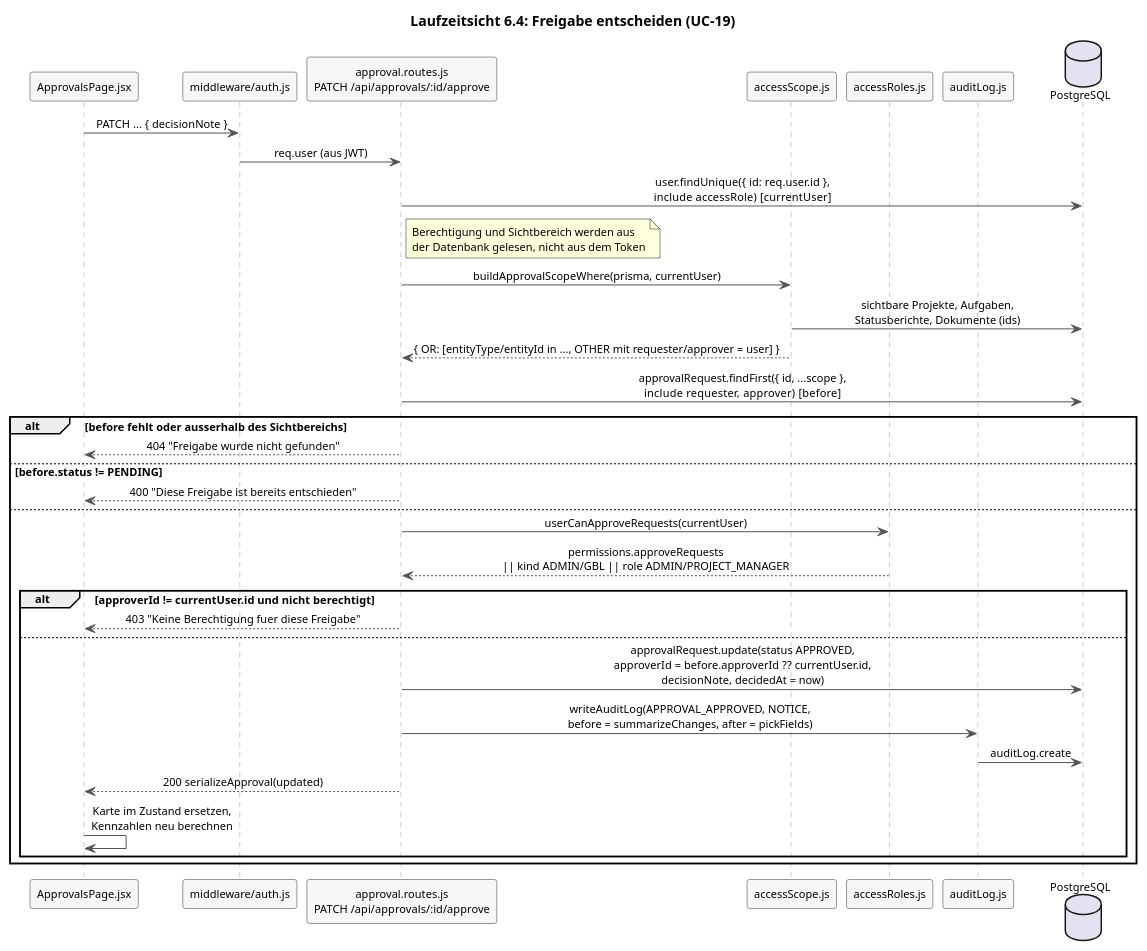
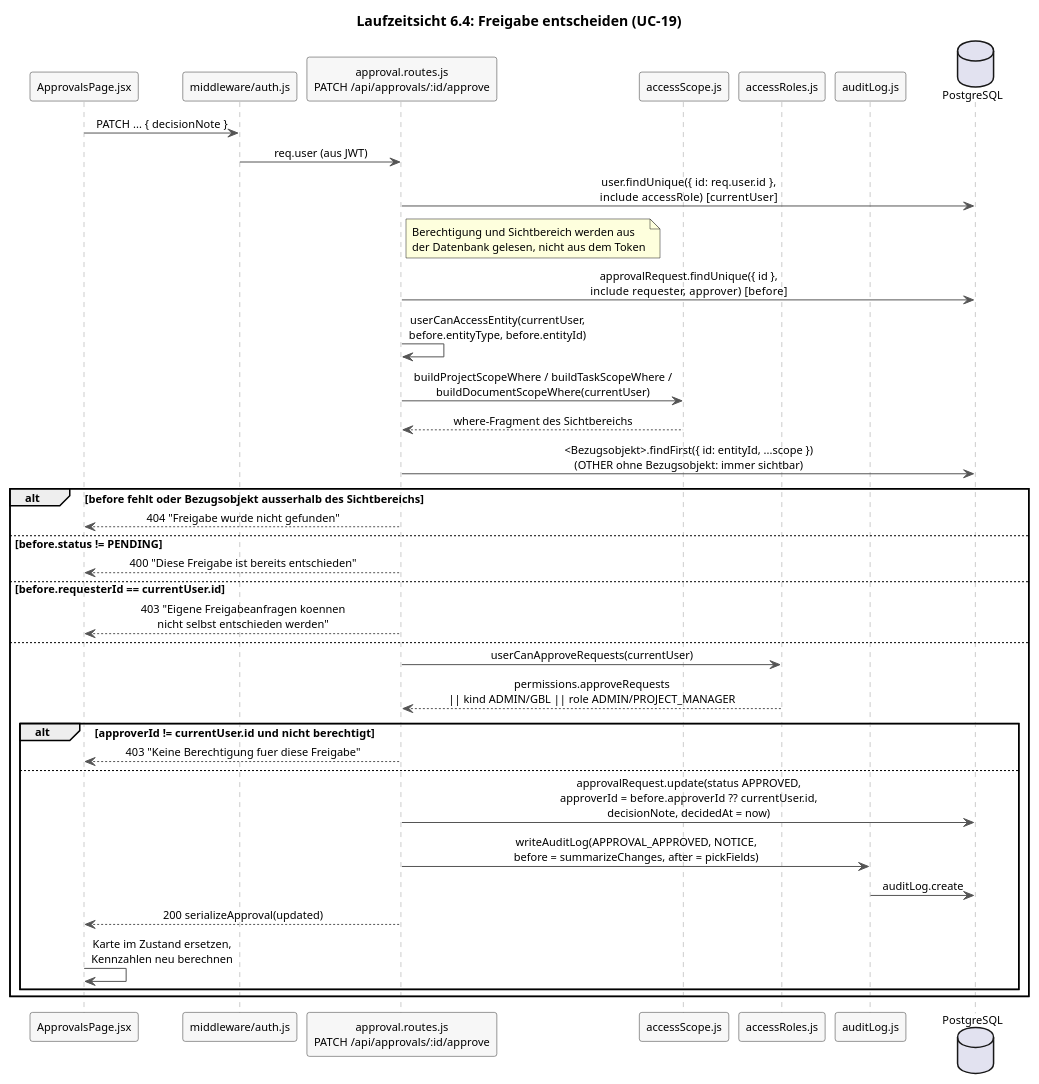
Before and after one commit to Jonas-Aaron-Raab/NextTask: the diagram in docs/arch/diagrams/a06-freigabe.plantuml, drawn with PlantUML. The commit also changed 11 other files, not shown here.

Commit message:
docs(arch): align architecture with server changes of 24 September

```diff
--- a/docs/arch/diagrams/a06-freigabe.plantuml
+++ b/docs/arch/diagrams/a06-freigabe.plantuml
@@ -1,49 +1,52 @@
 @startuml a06-freigabe
 skinparam shadowing false
 skinparam defaultFontName Helvetica
 skinparam defaultFontSize 11
 skinparam sequenceMessageAlign center
 skinparam sequence {
   ArrowColor #555555
   LifeLineBorderColor #999999
   ParticipantBackgroundColor #F7F7F7
   ParticipantBorderColor #333333
   ActorBorderColor #333333
 }
 
 title Laufzeitsicht 6.4: Freigabe entscheiden (UC-19)
 
 participant "ApprovalsPage.jsx" as UI
 participant "middleware/auth.js" as MW
 participant "approval.routes.js\nPATCH /api/approvals/:id/approve" as R
 participant "accessScope.js" as AS
 participant "accessRoles.js" as AR
 participant "auditLog.js" as AL
 database "PostgreSQL" as DB
 
 UI -> MW : PATCH ... { decisionNote }
 MW -> R : req.user (aus JWT)
 R -> DB : user.findUnique({ id: req.user.id },\ninclude accessRole)   [currentUser]
 note right of R : Berechtigung und Sichtbereich werden aus\nder Datenbank gelesen, nicht aus dem Token
-R -> AS : buildApprovalScopeWhere(prisma, currentUser)
-AS -> DB : sichtbare Projekte, Aufgaben,\nStatusberichte, Dokumente (ids)
-AS --> R : { OR: [entityType/entityId in ..., OTHER mit requester/approver = user] }
-R -> DB : approvalRequest.findFirst({ id, ...scope },\ninclude requester, approver)   [before]
-alt before fehlt oder ausserhalb des Sichtbereichs
+R -> DB : approvalRequest.findUnique({ id },\ninclude requester, approver)   [before]
+R -> R : userCanAccessEntity(currentUser,\nbefore.entityType, before.entityId)
+R -> AS : buildProjectScopeWhere / buildTaskScopeWhere /\nbuildDocumentScopeWhere(currentUser)
+AS --> R : where-Fragment des Sichtbereichs
+R -> DB : <Bezugsobjekt>.findFirst({ id: entityId, ...scope })\n(OTHER ohne Bezugsobjekt: immer sichtbar)
+alt before fehlt oder Bezugsobjekt ausserhalb des Sichtbereichs
   R --> UI : 404 "Freigabe wurde nicht gefunden"
 else before.status != PENDING
   R --> UI : 400 "Diese Freigabe ist bereits entschieden"
+else before.requesterId == currentUser.id
+  R --> UI : 403 "Eigene Freigabeanfragen koennen\nnicht selbst entschieden werden"
 else
   R -> AR : userCanApproveRequests(currentUser)
   AR --> R : permissions.approveRequests\n|| kind ADMIN/GBL || role ADMIN/PROJECT_MANAGER
   alt approverId != currentUser.id und nicht berechtigt
     R --> UI : 403 "Keine Berechtigung fuer diese Freigabe"
   else
     R -> DB : approvalRequest.update(status APPROVED,\napproverId = before.approverId ?? currentUser.id,\ndecisionNote, decidedAt = now)
     R -> AL : writeAuditLog(APPROVAL_APPROVED, NOTICE,\nbefore = summarizeChanges, after = pickFields)
     AL -> DB : auditLog.create
     R --> UI : 200 serializeApproval(updated)
     UI -> UI : Karte im Zustand ersetzen,\nKennzahlen neu berechnen
   end
 end
 @enduml
```
